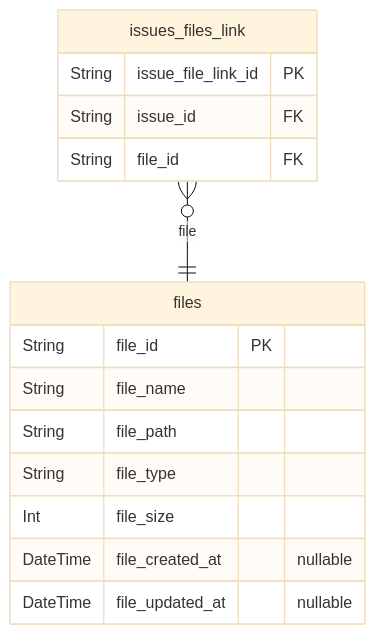
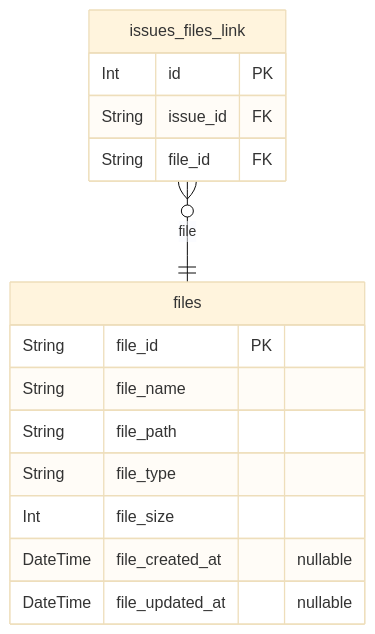
The third of 3 diagrams in docs/table-erd.md (jujoycode/hydra), drawn with Mermaid (base theme) before and after one commit. The commit also changed other lines of this file and 148 other files, not shown here.

````diff
--- a/docs/table-erd.md
+++ b/docs/table-erd.md
@@ -199,18 +136,18 @@
 ```mermaid
 erDiagram
 "files" {
   String file_id PK
   String file_name
   String file_path
   String file_type
   Int file_size
   DateTime file_created_at "nullable"
   DateTime file_updated_at "nullable"
 }
 "issues_files_link" {
-  String issue_file_link_id PK
+  Int id PK
   String issue_id FK
   String file_id FK
 }
 "issues_files_link" }o--|| "files" : file
 ```
````
